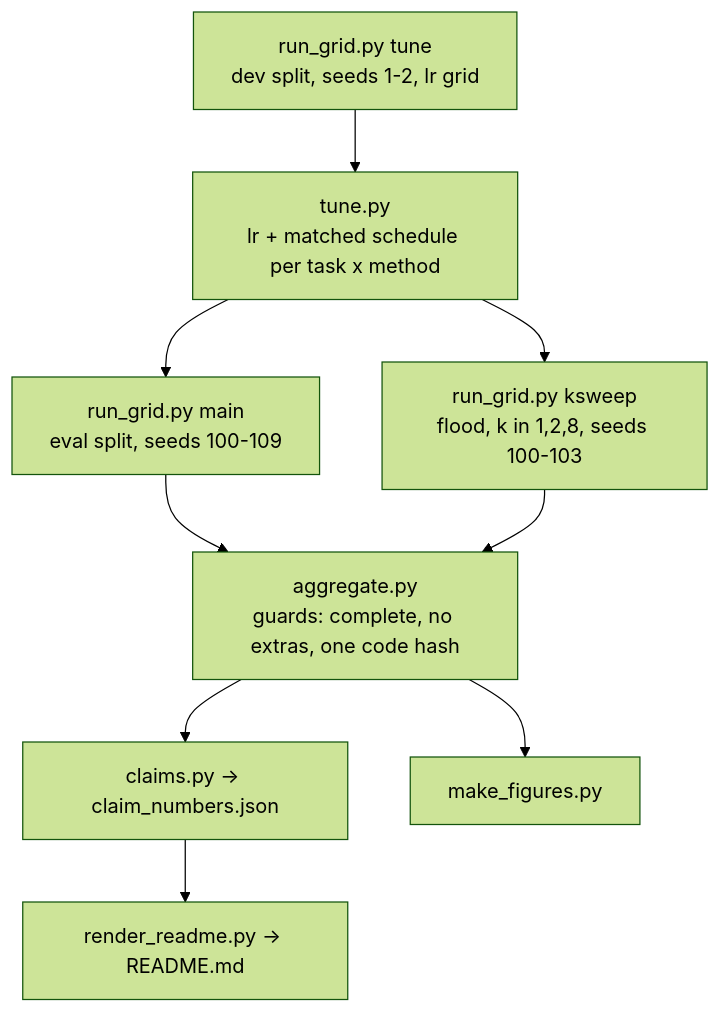
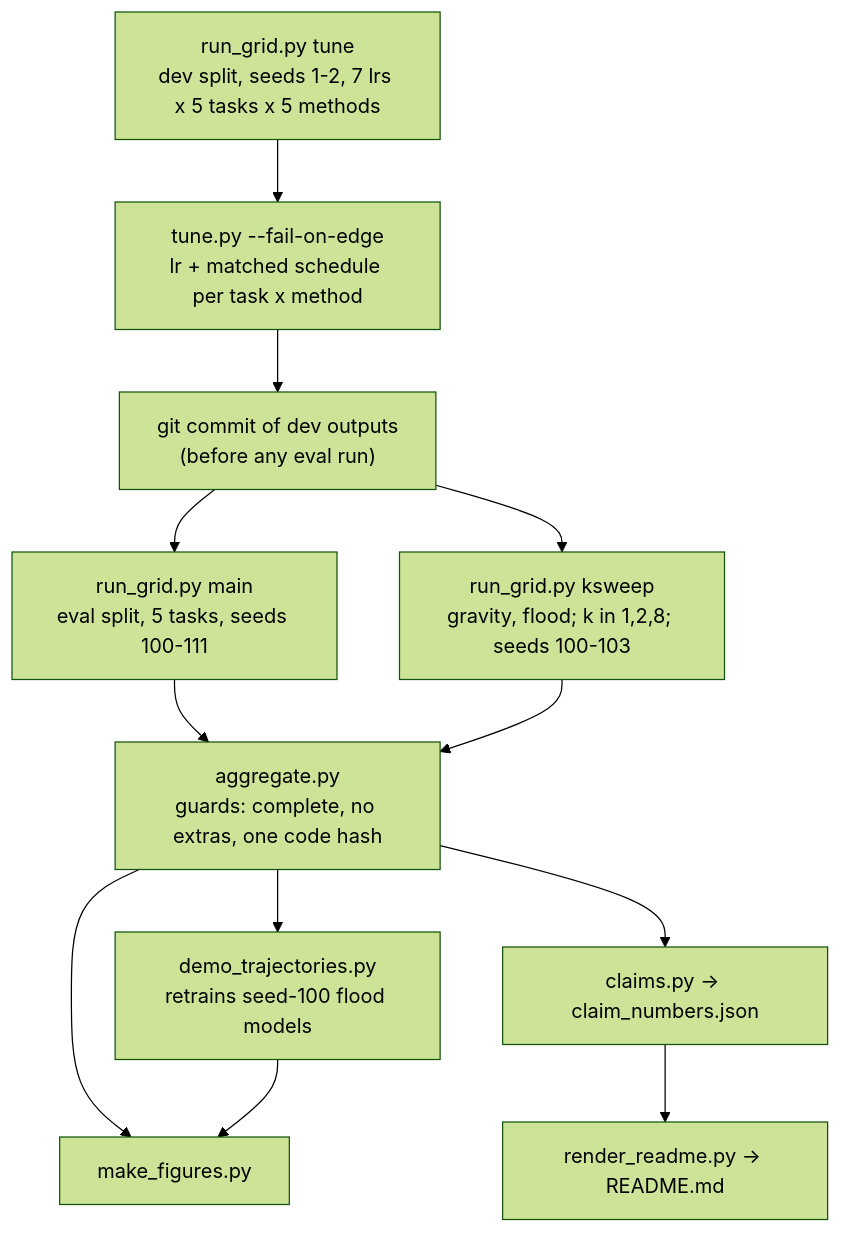
The third of 3 diagrams in docs/README.template.md (arman-dogru/drm-recursion-curriculum-microbench), drawn with Mermaid (forest theme) before and after one commit. The commit also changed other lines of this file and 1 other file, not shown here.

Commit message:
README template: ordered mermaid subgraphs, pipeline diagram incl. demo/claims/commit step, softened pilot claim; method.md lr grid

````diff
--- a/docs/README.template.md
+++ b/docs/README.template.md
@@ -176,11 +180,14 @@
 ```mermaid
 flowchart TD
-  T["run_grid.py tune<br/>dev split, seeds 1-2, lr grid"] --> U["tune.py<br/>lr + matched schedule per task x method"]
-  U --> M["run_grid.py main<br/>eval split, seeds 100-109"]
-  U --> K["run_grid.py ksweep<br/>flood, k in 1,2,8, seeds 100-103"]
+  T["run_grid.py tune<br/>dev split, seeds 1-2, 7 lrs x 5 tasks x 5 methods"] --> U["tune.py --fail-on-edge<br/>lr + matched schedule per task x method"]
+  U --> G["git commit of dev outputs<br/>(before any eval run)"]
+  G --> M["run_grid.py main<br/>eval split, 5 tasks, seeds 100-111"]
+  G --> K["run_grid.py ksweep<br/>gravity, flood; k in 1,2,8; seeds 100-103"]
   M --> A["aggregate.py<br/>guards: complete, no extras, one code hash"]
   K --> A
+  A --> D["demo_trajectories.py<br/>retrains seed-100 flood models"]
+  A --> F["make_figures.py"]
+  D --> F
   A --> C["claims.py -> claim_numbers.json"]
-  A --> F["make_figures.py"]
   C --> R["render_readme.py -> README.md"]
 ```
````
